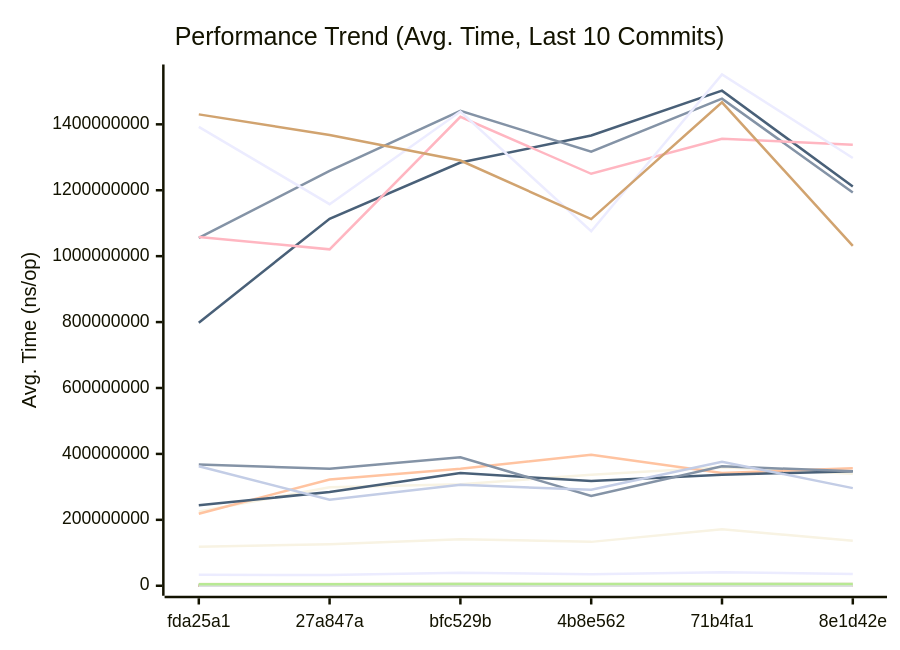
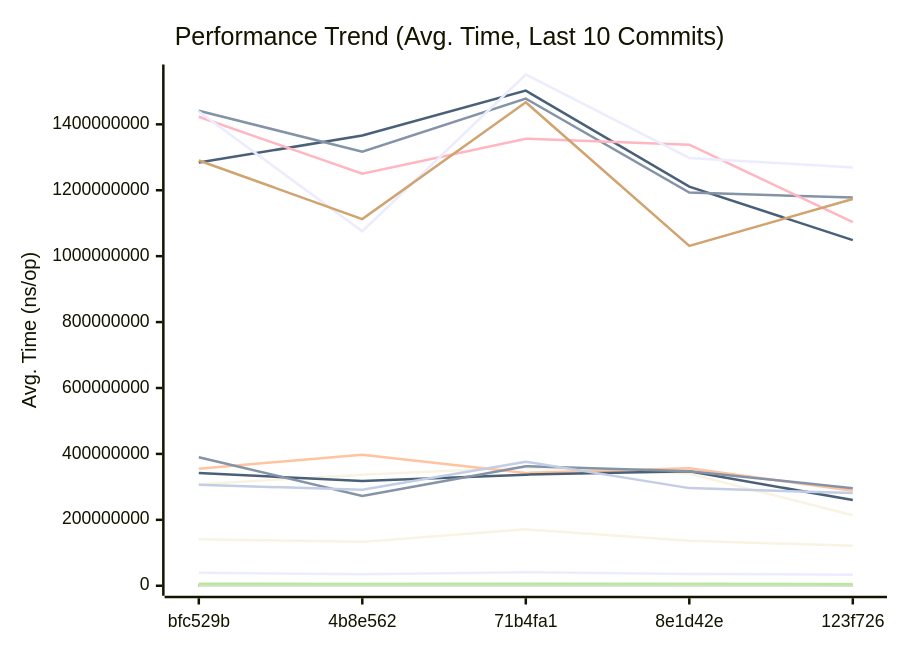
Before and after one commit to alsotoes/momo: the first of 3 diagrams in docs/PERFORMANCE.md, drawn with Mermaid. The commit also changed other lines of this file and 1 other file, not shown here.

````diff
--- a/docs/PERFORMANCE.md
+++ b/docs/PERFORMANCE.md
@@ -260,44 +260,44 @@
 ```mermaid
 xychart-beta
     title "Performance Trend (Avg. Time, Last 10 Commits)"
     x-axis "Commit"
     y-axis "Avg. Time (ns/op)"
-    x-axis [fda25a1,27a847a,bfc529b,4b8e562,71b4fa1,8e1d42e]
-    line "AWSChunkedReaderSigned" [512707,501241,721946,582789,741042,596016,541759,554800,615254,528737]
-    line "AWSChunkedReaderUnsigned" [457742,556893,695362,580668,721611,624951,521049,581740,507516,587797]
-    line "CheckMetricsAndSwap" [10,10,14,9,14,13,11,12,11,10]
-    line "CrushOptimized" [354,433,532,484,492,487,522,363,426,455]
-    line "CrushOriginal" [502,597,715,641,734,697,658,647,700,629]
-    line "FormatListObjectsV2XML_AppendFormat" [648718,775274,1080271,993577,1117129,928365,977381,898486,862695,851540]
-    line "FormatListObjectsV2XML_OldFormat" [406141,479265,671030,530555,661534,521514,565611,503389,497195,517753]
-    line "HashBytes/1MiB" [3555390,4784039,3995457,4596495,5621676,4965423,4315588,3618889,5475294,4458201]
-    line "HashBytes/256MiB" [798133130,1113482493,1284091050,1365990323,1502178110,1211052717,1048575116,1201286487,897333718,1207294588]
-    line "HashBytes/64MiB" [225124511,298951068,308162718,336895373,359262045,339981640,213869807,301162837,301221390,345018440]
-    line "HashFile/1MiB" [3959247,3915050,5430358,4960660,5725417,5039192,3960989,4760647,3647035,4734519]
-    line "HashFile/256MiB" [1055197690,1258679744,1441073207,1316970291,1477907273,1193078064,1177833636,1006415705,1110450496,1224080744]
-    line "HashFile/64MiB" [218474314,322488540,355303054,397283922,342325433,356293580,288277413,240359009,275852870,300686574]
-    line "IndexDirectTracking" [0,1,1,1,1,0,0,0,0,1]
-    line "IndexSearch" [2,2,3,2,3,2,2,2,2,2]
-    line "LastModifiedHeader_AppendFormat" [0,0,0,273,377,411,306,291,280,241]
-    line "LastModifiedHeader_Format" [0,0,0,359,474,418,381,345,360,407]
-    line "LoadGlobalConfig" [9939,13465,16787,14343,16534,15639,12955,12190,11396,14415]
-    line "LocalWrite/1MiB" [474416,479322,627788,515217,653242,620492,558337,524282,489792,546231]
-    line "LocalWrite/256MiB" [118094125,126110483,141240477,133129249,171131397,136595670,121311016,122106179,129421555,120328176]
-    line "LocalWrite/64MiB" [33404598,32661319,39561620,34587683,41271450,35901035,33613673,28590856,29289820,30438473]
-    line "PadString" [47,69,97,85,78,64,59,66,60,55]
+    x-axis [bfc529b,4b8e562,71b4fa1,8e1d42e,123f726]
+    line "AWSChunkedReaderSigned" [721946,582789,741042,596016,541759,554800,615254,528737,564386,758672]
+    line "AWSChunkedReaderUnsigned" [695362,580668,721611,624951,521049,581740,507516,587797,593238,672192]
+    line "CheckMetricsAndSwap" [14,9,14,13,11,12,11,10,13,15]
+    line "CrushOptimized" [532,484,492,487,522,363,426,455,372,348]
+    line "CrushOriginal" [715,641,734,697,658,647,700,629,670,500]
+    line "FormatListObjectsV2XML_AppendFormat" [1080271,993577,1117129,928365,977381,898486,862695,851540,926975,915187]
+    line "FormatListObjectsV2XML_OldFormat" [671030,530555,661534,521514,565611,503389,497195,517753,571332,678624]
+    line "HashBytes/1MiB" [3995457,4596495,5621676,4965423,4315588,3618889,5475294,4458201,5002278,3553145]
+    line "HashBytes/256MiB" [1284091050,1365990323,1502178110,1211052717,1048575116,1201286487,897333718,1207294588,1184745180,1044551719]
+    line "HashBytes/64MiB" [308162718,336895373,359262045,339981640,213869807,301162837,301221390,345018440,277796866,225326458]
+    line "HashFile/1MiB" [5430358,4960660,5725417,5039192,3960989,4760647,3647035,4734519,4310666,4389479]
+    line "HashFile/256MiB" [1441073207,1316970291,1477907273,1193078064,1177833636,1006415705,1110450496,1224080744,1231037862,1035601414]
+    line "HashFile/64MiB" [355303054,397283922,342325433,356293580,288277413,240359009,275852870,300686574,287252666,248823362]
+    line "IndexDirectTracking" [1,1,1,0,0,0,0,1,1,1]
+    line "IndexSearch" [3,2,3,2,2,2,2,2,2,3]
+    line "LastModifiedHeader_AppendFormat" [0,273,377,411,306,291,280,241,335,327]
+    line "LastModifiedHeader_Format" [0,359,474,418,381,345,360,407,375,540]
+    line "LoadGlobalConfig" [16787,14343,16534,15639,12955,12190,11396,14415,13002,10458]
+    line "LocalWrite/1MiB" [627788,515217,653242,620492,558337,524282,489792,546231,429345,817681]
+    line "LocalWrite/256MiB" [141240477,133129249,171131397,136595670,121311016,122106179,129421555,120328176,124110973,158044809]
+    line "LocalWrite/64MiB" [39561620,34587683,41271450,35901035,33613673,28590856,29289820,30438473,30969681,34833751]
+    line "PadString" [97,85,78,64,59,66,60,55,62,58]
     line "ParseReplicationOrder_NoPrealloc" [350,349,357,354,345,225,229,165,232,234]
     line "ParseReplicationOrder_Prealloc" [229,231,237,234,229,108,107,80,110,109]
-    line "Placement" [4864,6529,7421,7230,7696,7054,7086,6141,6119,7125]
-    line "PlacementDomainSpread" [5246,8024,8867,7769,8677,7666,6917,6176,5740,6962]
-    line "ReadVerify/1MiB" [3882918,3731377,5836051,3976066,5316396,4787467,3900770,3383659,5081549,5082713]
-    line "ReadVerify/256MiB" [1058504265,1020754000,1422892660,1249941171,1356438969,1338425672,1103105249,1170100253,1034709963,1126615995]
-    line "ReadVerify/64MiB" [244603172,284251269,341875566,317667291,337069645,347180139,259882135,240879749,282446554,308997294]
-    line "S3PutSpool/1MiB" [5964641,5931927,6588614,5572982,6149011,5304842,5592080,5587762,4022819,5065293]
-    line "S3PutSpool/256MiB" [1392397511,1157791795,1438649885,1075603816,1551204244,1298058993,1269281522,1304442018,1243287804,1504779272]
-    line "S3PutSpool/64MiB" [367879613,355148274,389689212,272526470,362667390,347153910,296132654,317372640,355710496,276642924]
-    line "SanitizeLog/Safe" [226,242,388,301,419,341,309,277,263,246]
-    line "SanitizeLog/Unsafe" [768,930,1274,1021,1210,1000,1005,1021,917,915]
-    line "TrustedRead/1MiB" [4777459,4326085,5334409,5277115,5559663,5638483,4655498,3708543,3570428,4694929]
-    line "TrustedRead/256MiB" [1430194708,1367894050,1290238092,1112381854,1466748131,1031346576,1173571296,1073394044,932638111,1071768789]
-    line "TrustedRead/64MiB" [362734452,260957497,306360304,291068280,376225072,296255358,281349472,260468873,247394092,261716002]
+    line "Placement" [7421,7230,7696,7054,7086,6141,6119,7125,6310,5825]
+    line "PlacementDomainSpread" [8867,7769,8677,7666,6917,6176,5740,6962,6385,6405]
+    line "ReadVerify/1MiB" [5836051,3976066,5316396,4787467,3900770,3383659,5081549,5082713,4903321,6081724]
+    line "ReadVerify/256MiB" [1422892660,1249941171,1356438969,1338425672,1103105249,1170100253,1034709963,1126615995,955370931,1411104961]
+    line "ReadVerify/64MiB" [341875566,317667291,337069645,347180139,259882135,240879749,282446554,308997294,315121783,335838061]
+    line "S3PutSpool/1MiB" [6588614,5572982,6149011,5304842,5592080,5587762,4022819,5065293,4750326,6562486]
+    line "S3PutSpool/256MiB" [1438649885,1075603816,1551204244,1298058993,1269281522,1304442018,1243287804,1504779272,1226604254,1140637754]
+    line "S3PutSpool/64MiB" [389689212,272526470,362667390,347153910,296132654,317372640,355710496,276642924,271159852,378241377]
+    line "SanitizeLog/Safe" [388,301,419,341,309,277,263,246,286,286]
+    line "SanitizeLog/Unsafe" [1274,1021,1210,1000,1005,1021,917,915,1036,1495]
+    line "TrustedRead/1MiB" [5334409,5277115,5559663,5638483,4655498,3708543,3570428,4694929,4495398,3669866]
+    line "TrustedRead/256MiB" [1290238092,1112381854,1466748131,1031346576,1173571296,1073394044,932638111,1071768789,1012880474,1648511504]
+    line "TrustedRead/64MiB" [306360304,291068280,376225072,296255358,281349472,260468873,247394092,261716002,251602823,338500502]
 ```
````
